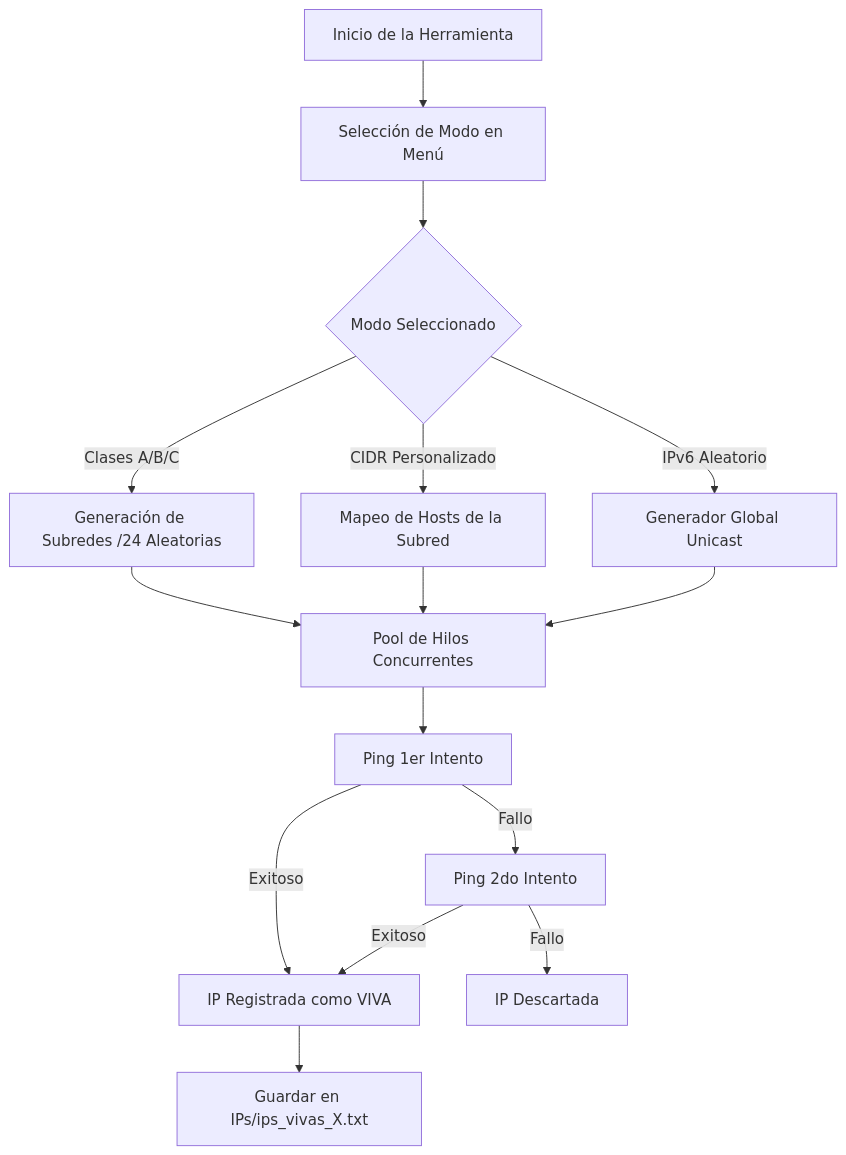
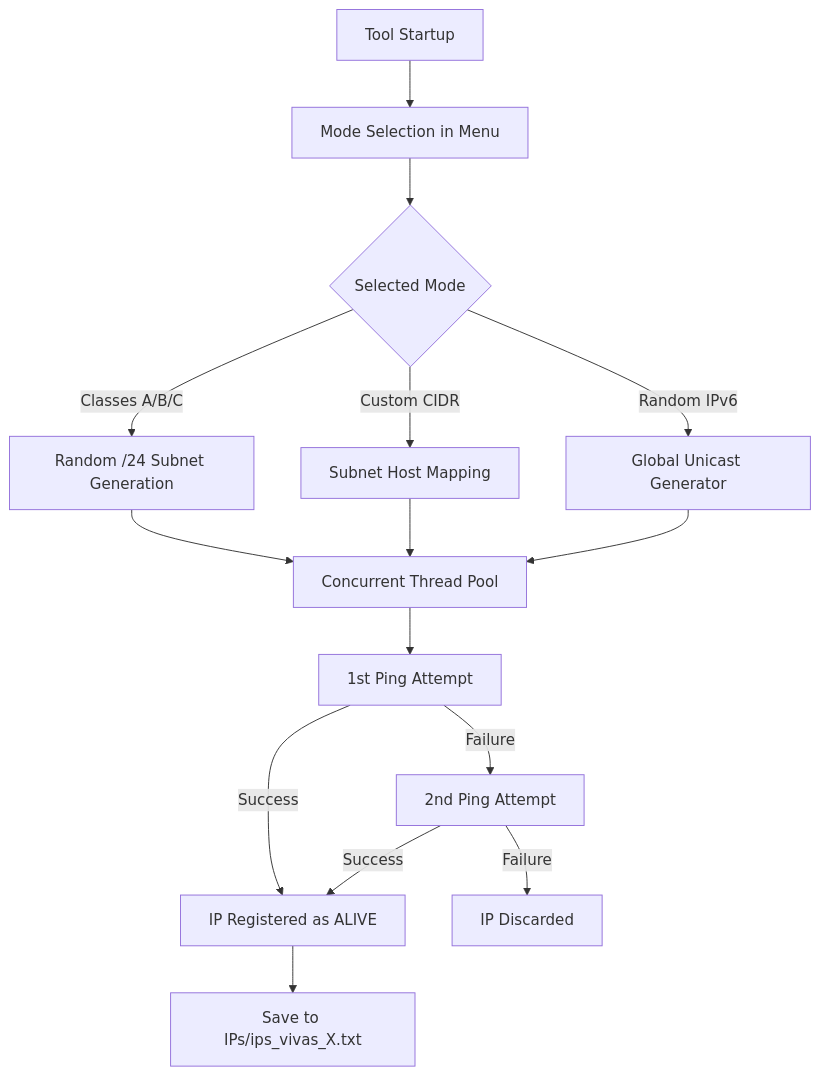
Before and after one commit to Nostraxiten/IPsearcher: the diagram in README.md, drawn with Mermaid. The commit also changed other lines of this file, not shown here.

````diff
--- a/README.md
+++ b/README.md
@@ -30,20 +30,20 @@
 ```mermaid
 graph TD
-    A[Inicio de la Herramienta] --> B[Selección de Modo en Menú]
-    B --> C{Modo Seleccionado}
-    C -->|Clases A/B/C| D[Generación de Subredes /24 Aleatorias]
-    C -->|CIDR Personalizado| E[Mapeo de Hosts de la Subred]
-    C -->|IPv6 Aleatorio| F[Generador Global Unicast]
+    A[Tool Startup] --> B[Mode Selection in Menu]
+    B --> C{Selected Mode}
+    C -->|Classes A/B/C| D[Random /24 Subnet Generation]
+    C -->|Custom CIDR| E[Subnet Host Mapping]
+    C -->|Random IPv6| F[Global Unicast Generator]
     
-    D --> G[Pool de Hilos Concurrentes]
+    D --> G[Concurrent Thread Pool]
     E --> G
     F --> G
     
-    G --> H[Ping 1er Intento]
-    H -->|Exitoso| I[IP Registrada como VIVA]
-    H -->|Fallo| J[Ping 2do Intento]
-    J -->|Exitoso| I
-    J -->|Fallo| K[IP Descartada]
+    G --> H[1st Ping Attempt]
+    H -->|Success| I[IP Registered as ALIVE]
+    H -->|Failure| J[2nd Ping Attempt]
+    J -->|Success| I
+    J -->|Failure| K[IP Discarded]
     
-    I --> L[Guardar en IPs/ips_vivas_X.txt]
+    I --> L[Save to IPs/ips_vivas_X.txt]
 ```
````
